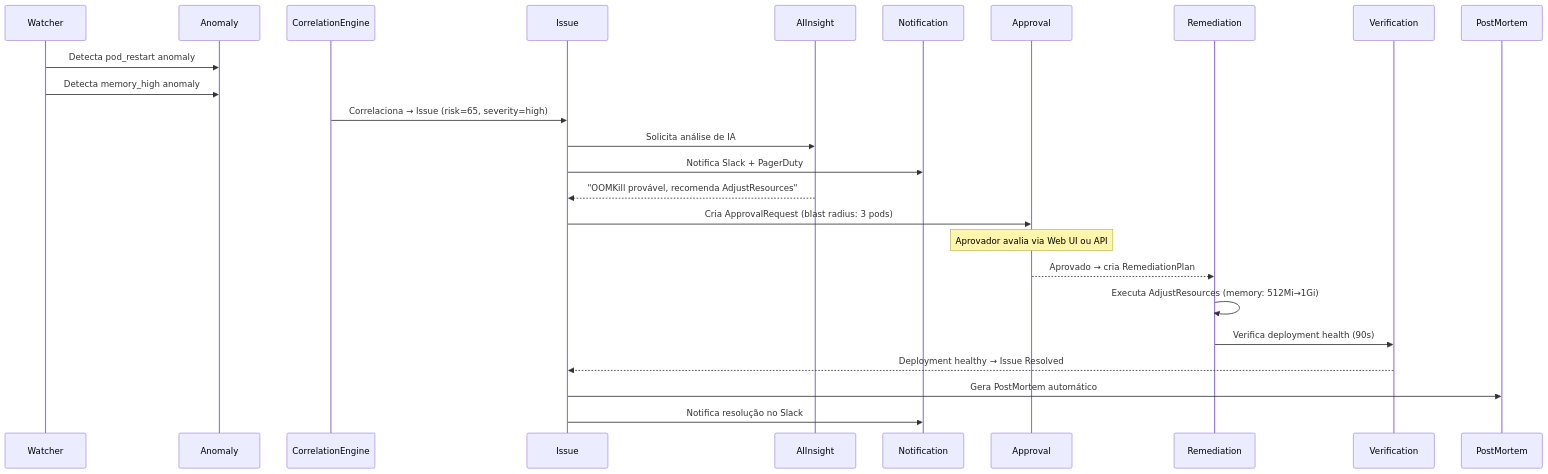
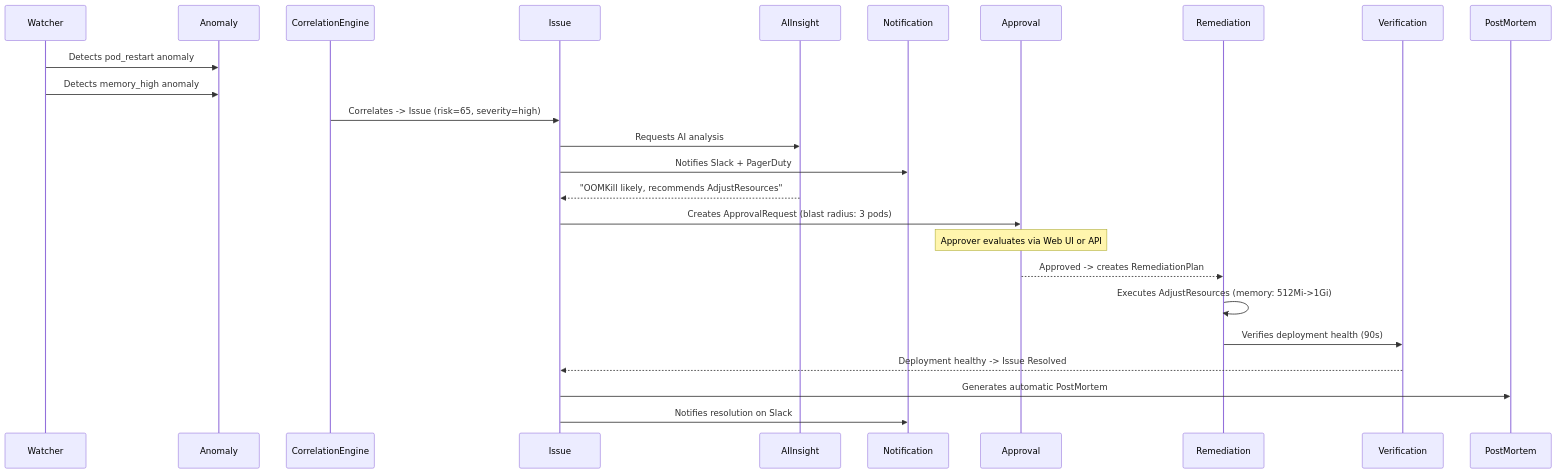
One commit to diillson/chatcli.ai changed the diagram in cookbook/aiops-incident-response.mdx. Above: the diagram before and after it, drawn with Mermaid. The commit also changed other lines of this file and 500 other files, not shown here.

````diff
--- a/cookbook/aiops-incident-response.mdx
+++ b/cookbook/aiops-incident-response.mdx
@@ -14,28 +14,28 @@
 ```mermaid
 sequenceDiagram
     participant W as Watcher
     participant A as Anomaly
     participant CE as CorrelationEngine
     participant I as Issue
     participant AI as AIInsight
     participant N as Notification
     participant AP as Approval
     participant R as Remediation
     participant V as Verification
     participant PM as PostMortem
 
-    W->>A: Detecta pod_restart anomaly
-    W->>A: Detecta memory_high anomaly
-    CE->>I: Correlaciona → Issue (risk=65, severity=high)
-    I->>AI: Solicita análise de IA
-    I->>N: Notifica Slack + PagerDuty
-    AI-->>I: "OOMKill provável, recomenda AdjustResources"
-    I->>AP: Cria ApprovalRequest (blast radius: 3 pods)
-    Note over AP: Aprovador avalia via Web UI ou API
-    AP-->>R: Aprovado → cria RemediationPlan
-    R->>R: Executa AdjustResources (memory: 512Mi→1Gi)
-    R->>V: Verifica deployment health (90s)
-    V-->>I: Deployment healthy → Issue Resolved
-    I->>PM: Gera PostMortem automático
-    I->>N: Notifica resolução no Slack
+    W->>A: Detects pod_restart anomaly
+    W->>A: Detects memory_high anomaly
+    CE->>I: Correlates -> Issue (risk=65, severity=high)
+    I->>AI: Requests AI analysis
+    I->>N: Notifies Slack + PagerDuty
+    AI-->>I: "OOMKill likely, recommends AdjustResources"
+    I->>AP: Creates ApprovalRequest (blast radius: 3 pods)
+    Note over AP: Approver evaluates via Web UI or API
+    AP-->>R: Approved -> creates RemediationPlan
+    R->>R: Executes AdjustResources (memory: 512Mi->1Gi)
+    R->>V: Verifies deployment health (90s)
+    V-->>I: Deployment healthy -> Issue Resolved
+    I->>PM: Generates automatic PostMortem
+    I->>N: Notifies resolution on Slack
 ```
````
